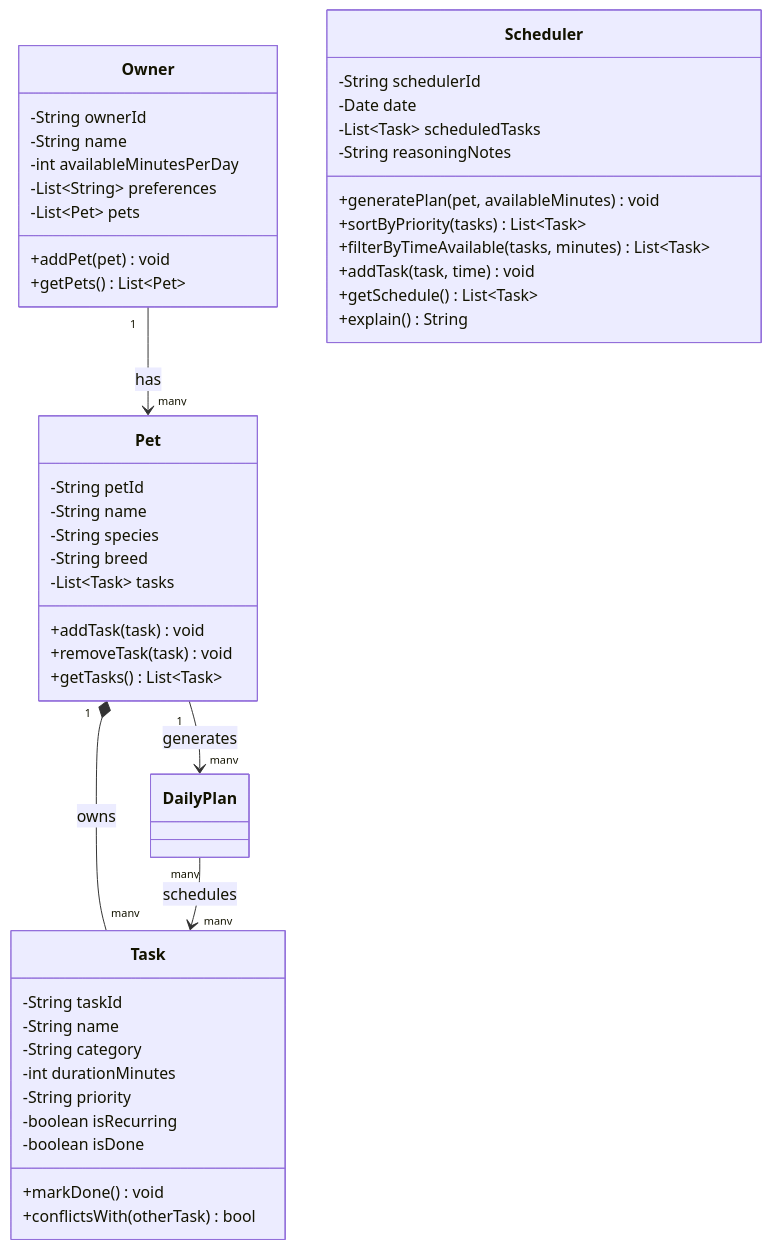
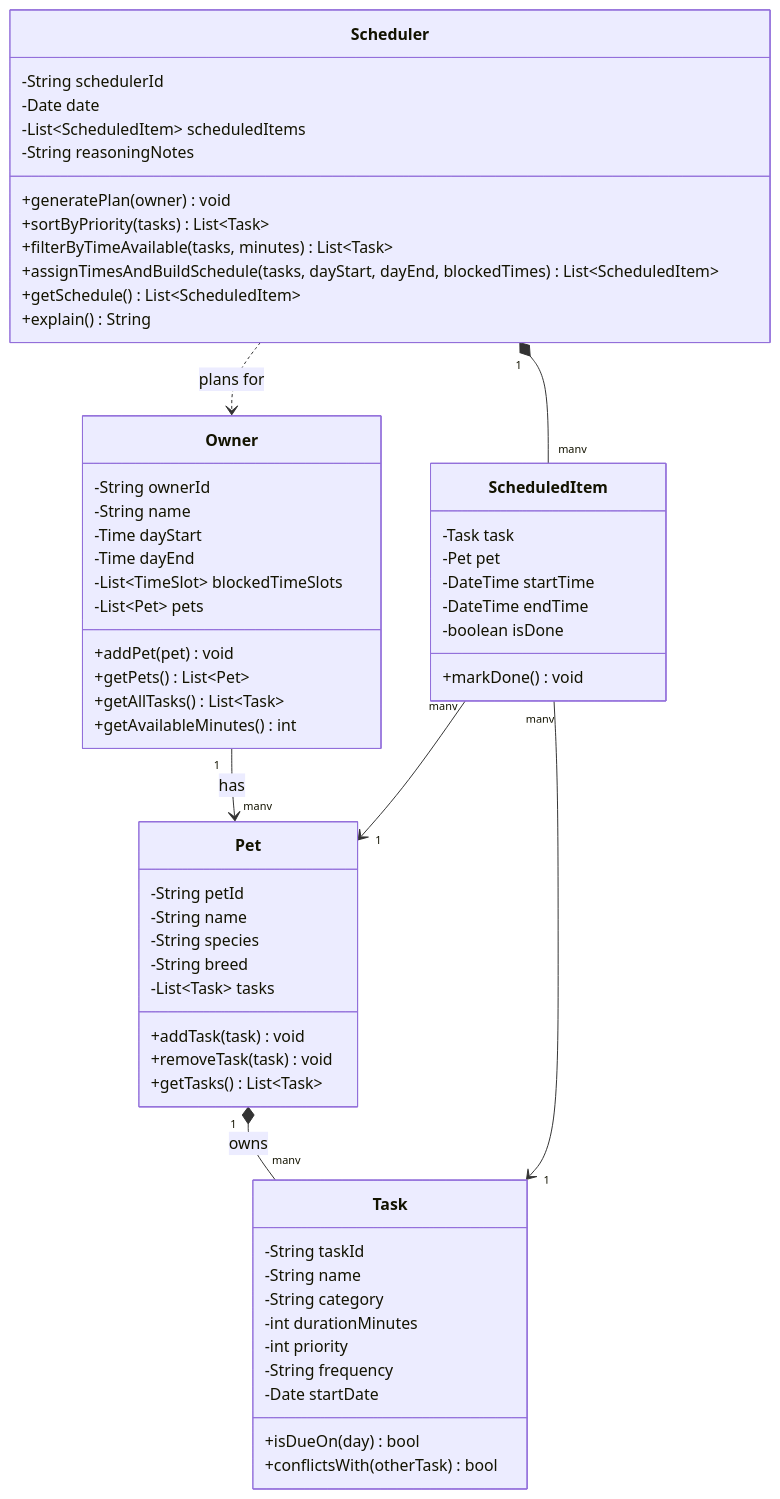
The diagram in diagrams/uml_draft.mmd (Namisa-Mbayo/ai110-module2show-pawpal-starter), drawn with Mermaid before and after one commit. The commit also changed 1 other file, not shown here.

Commit message:
refactor: update UML diagram and core classes for task scheduling and owner management

```diff
--- a/diagrams/uml_draft.mmd
+++ b/diagrams/uml_draft.mmd
@@ -1,51 +1,65 @@
 classDiagram
     class Owner {
         -String ownerId
         -String name
-        -int availableMinutesPerDay
-        -List~String~ preferences
+        -Time dayStart
+        -Time dayEnd
+        -List~TimeSlot~ blockedTimeSlots
         -List~Pet~ pets
         +addPet(pet) void
         +getPets() List~Pet~
+        +getAllTasks() List~Task~
+        +getAvailableMinutes() int
     }
 
     class Pet {
         -String petId
         -String name
         -String species
         -String breed
         -List~Task~ tasks
         +addTask(task) void
         +removeTask(task) void
         +getTasks() List~Task~
     }
 
     class Task {
         -String taskId
         -String name
         -String category
         -int durationMinutes
-        -String priority
-        -boolean isRecurring
-        -boolean isDone
-        +markDone() void
+        -int priority
+        -String frequency
+        -Date startDate
+        +isDueOn(day) bool
         +conflictsWith(otherTask) bool
     }
 
     class Scheduler {
         -String schedulerId
         -Date date
-        -List~Task~ scheduledTasks
+        -List~ScheduledItem~ scheduledItems
         -String reasoningNotes
-        +generatePlan(pet, availableMinutes) void
+        +generatePlan(owner) void
         +sortByPriority(tasks) List~Task~
         +filterByTimeAvailable(tasks, minutes) List~Task~
-        +addTask(task, time) void
-        +getSchedule() List~Task~
+        +assignTimesAndBuildSchedule(tasks, dayStart, dayEnd, blockedTimes) List~ScheduledItem~
+        +getSchedule() List~ScheduledItem~
         +explain() String
+    }
+
+    class ScheduledItem {
+        -Task task
+        -Pet pet
+        -DateTime startTime
+        -DateTime endTime
+        -boolean isDone
+        +markDone() void
     }
 
     Owner "1" --> "many" Pet : has
     Pet "1" *-- "many" Task : owns
-    Pet "1" --> "many" DailyPlan : generates
-    DailyPlan "many" --> "many" Task : schedules
+    Scheduler ..> Owner : plans for
+    Scheduler "1" *-- "many" ScheduledItem
+    ScheduledItem "many" --> "1" Task
+    ScheduledItem "many" --> "1" Pet
```
